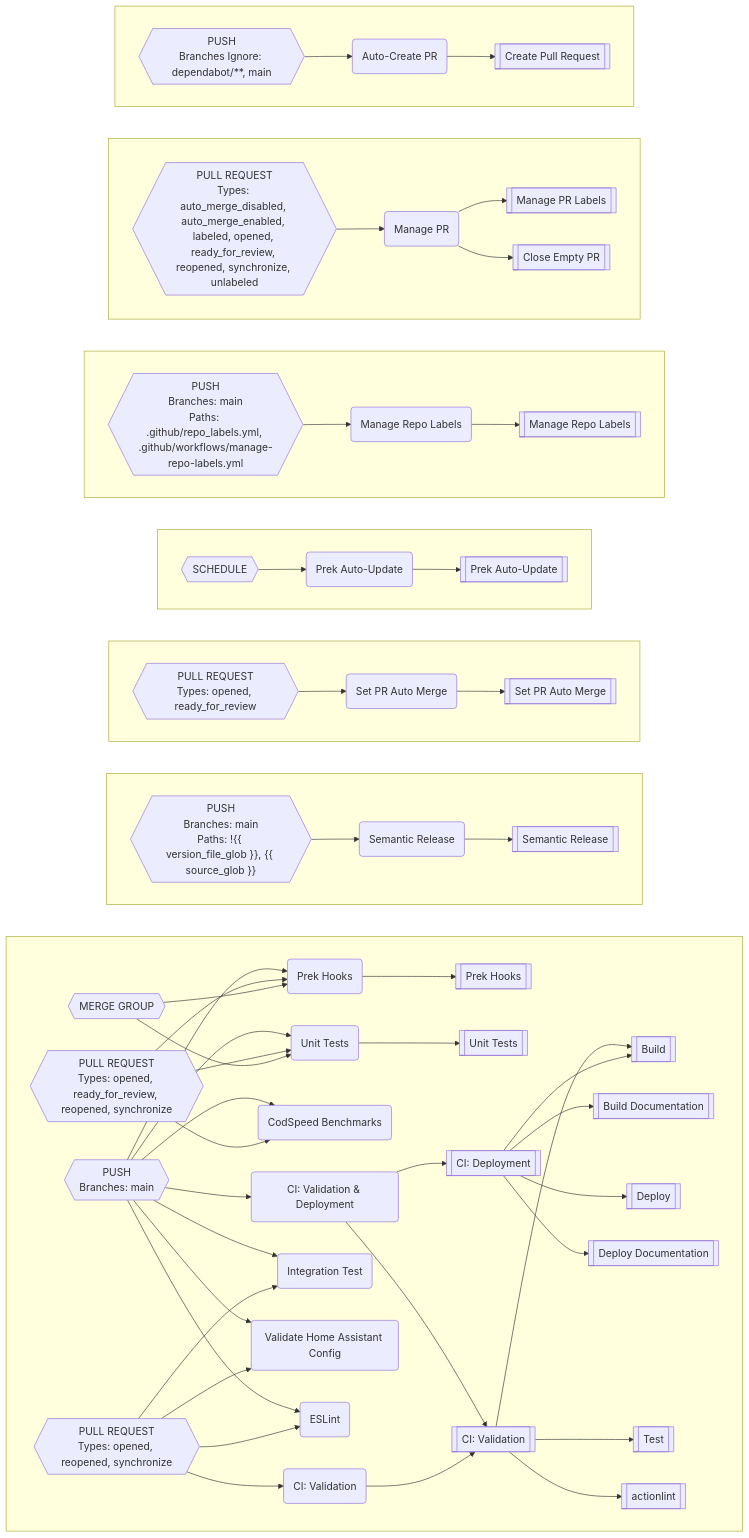
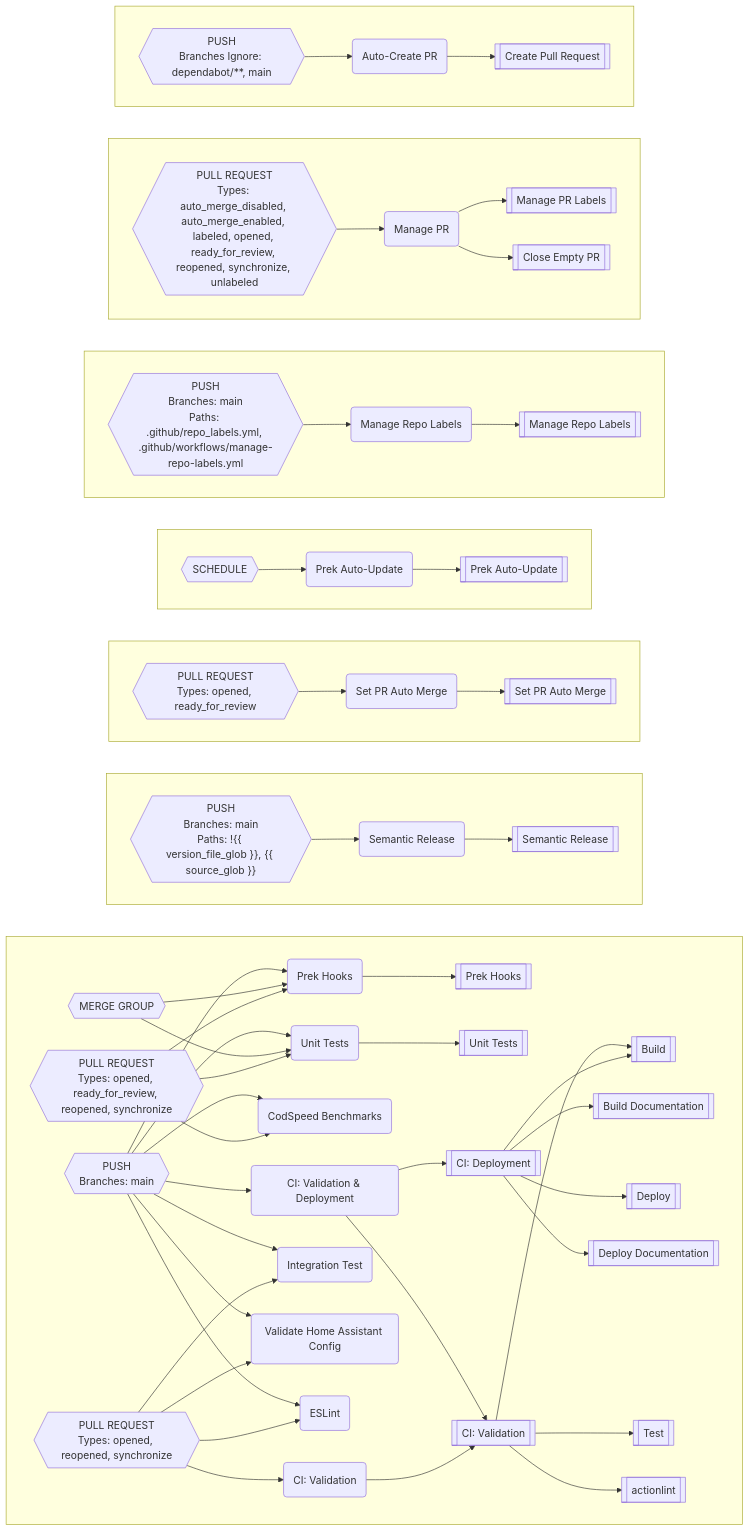
The diagram in README.md (worganisation/github-config-files), drawn with Mermaid before and after one commit. The commit also changed other lines of this file and 4 other files, not shown here.

````diff
--- a/README.md
+++ b/README.md
@@ -367,28 +367,28 @@
 ```mermaid
 flowchart LR
-subgraph EM[" "]
+subgraph EG[" "]
 direction LR
-DC-->EF
+DK-->DZ
+DK-->DO
+DK-->DJ
+DO-->BC
+DP-->DZ
+DP-->DO
+DZ-->BO
+DF-->V
+DH-->DF
+DH-->CW
+DH-->CQ
+DH-->CM
+DC-->DZ
+DC-->DO
+DC-->DJ
 DC-->DB
-DB-->BC
-DQ-->EF
-DQ-->DP
-DQ-->DB
-EF-->BO
-DL-->V
-DN-->DL
-DN-->CW
-DN-->CQ
-DN-->CM
-DI-->EF
-DI-->DP
-DI-->DH
-DI-->DB
-DI-->CW
-DI-->CQ
-DI-->CM
-DH-->V
-DH-->M
+DC-->CW
+DC-->CQ
+DC-->CM
+DB-->V
+DB-->M
 M-->I
 M-->E
 M-->AN
@@ -397,33 +397,33 @@
 V-->BL
 V-->A
 end
-subgraph EN[" "]
+subgraph EH[" "]
 direction LR
-EB-->EA
-EA-->BF
+DV-->DU
+DU-->BF
 end
-subgraph EO[" "]
+subgraph EI[" "]
 direction LR
 CJ-->CI
 CI-->BI
 end
-subgraph EP[" "]
+subgraph EJ[" "]
 direction LR
 CF-->CE
 CE-->AZ
 end
-subgraph EQ[" "]
+subgraph EK[" "]
 direction LR
 CB-->CA
 CA-->AW
 end
-subgraph ER[" "]
+subgraph EL[" "]
 direction LR
 BW-->BV
 BV-->AT
 BV-->AB
 end
-subgraph ES[" "]
+subgraph EM[" "]
 direction LR
 BS-->BR
 BR-->AF
@@ -463,26 +463,26 @@
 CM("ESLint")
 CQ("Validate Home Assistant Config")
 CW("Integration Test")
-DB("Prek Hooks")
-DC{{"MERGE GROUP"}}
-DH("CI: Validation & Deployment")
-DI{{"PUSH
+DB("CI: Validation & Deployment")
+DC{{"PUSH
 Branches: main
 "}}
-DL("CI: Validation")
-DN{{"PULL REQUEST
+DF("CI: Validation")
+DH{{"PULL REQUEST
 Types: opened, reopened, synchronize
 "}}
-DP("CodSpeed Benchmarks")
-DQ{{"PULL REQUEST
+DJ("CodSpeed Benchmarks")
+DK{{"PULL REQUEST
 Types: opened, ready_for_review, reopened, synchronize
 "}}
-EA("Semantic Release")
-EB{{"PUSH
+DO("Prek Hooks")
+DP{{"MERGE GROUP"}}
+DU("Semantic Release")
+DV{{"PUSH
 Branches: main
 Paths: !{{ version_file_glob }}, {{ source_glob }}
 "}}
-EF("Unit Tests")
+DZ("Unit Tests")
 E[["Build Documentation"]]
 I[["Build"]]
 M[["CI: Deployment"]]
````
